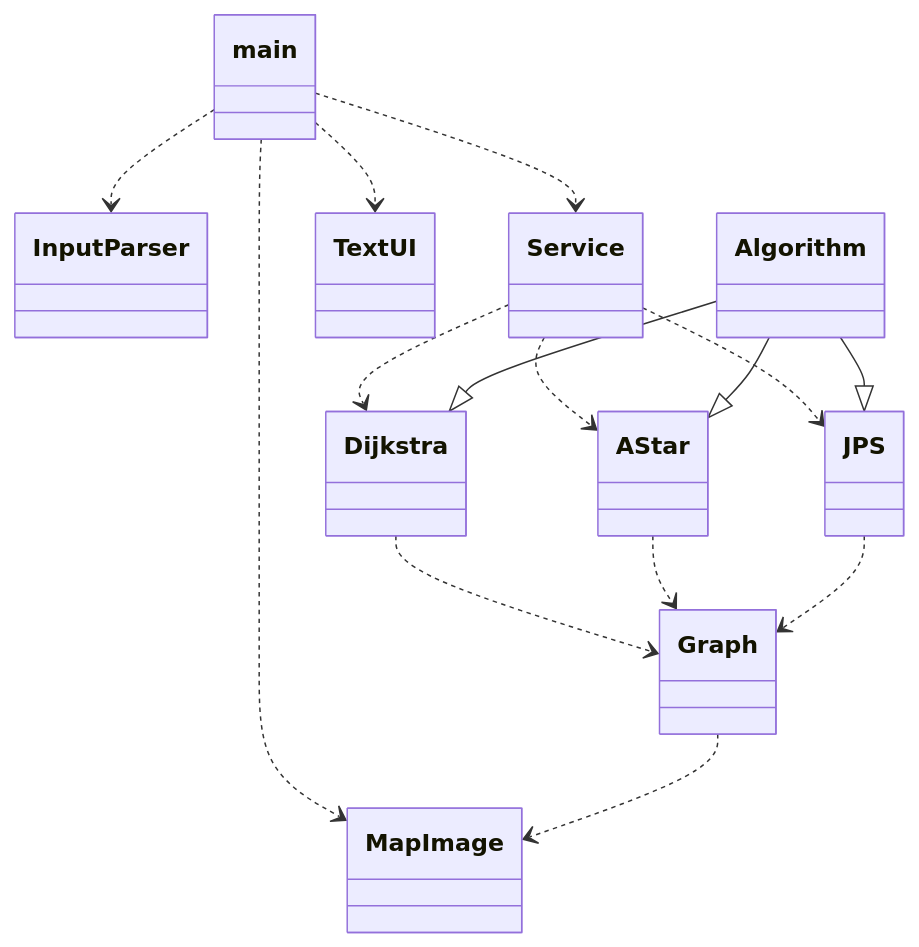
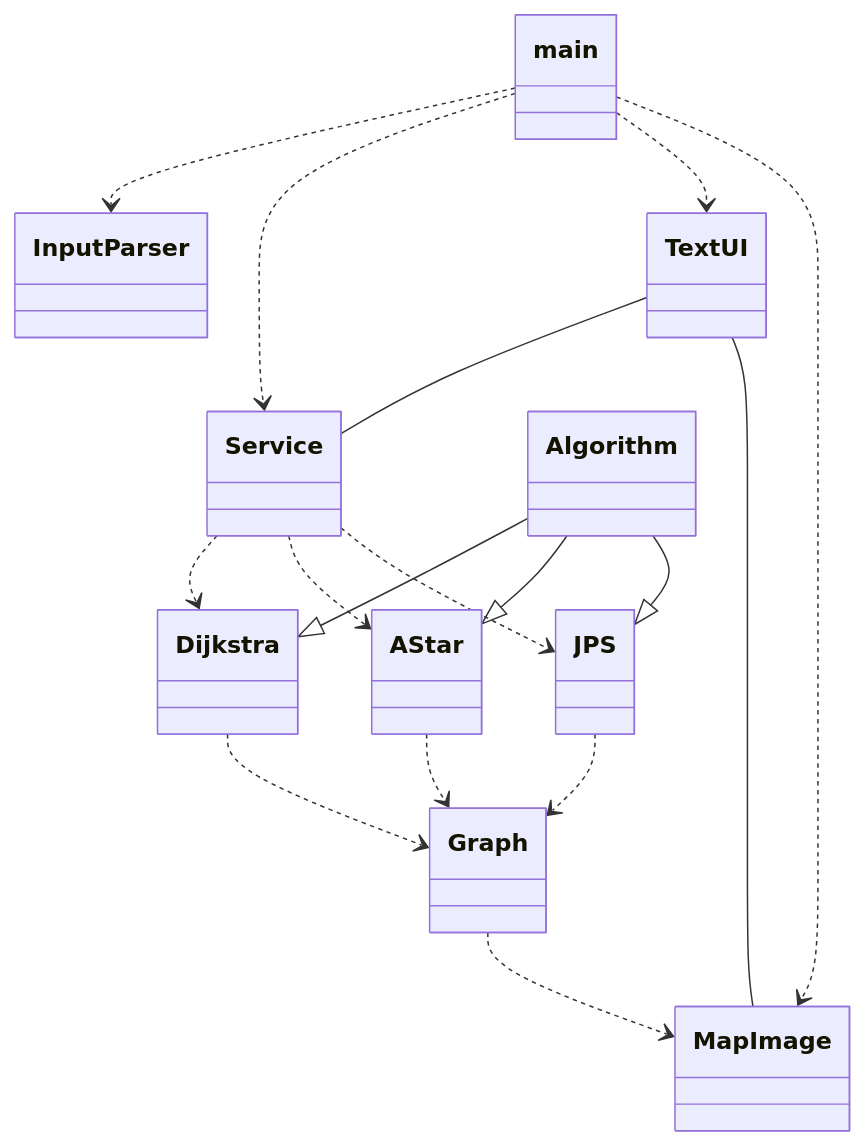
One commit to antonlep/shortest-path changed the diagram in documentation/implementation.md. Above: the diagram before and after it, drawn with Mermaid.

````diff
--- a/documentation/implementation.md
+++ b/documentation/implementation.md
@@ -3,33 +3,35 @@
 ```mermaid
  classDiagram
       main ..> InputParser
       main ..> Service
       main ..> TextUI
       main ..> MapImage
+      TextUI -- Service
+      TextUI -- MapImage
       Service ..> Dijkstra
       Service ..> AStar
       Service ..> JPS
       Dijkstra ..> Graph
       AStar ..> Graph
       JPS ..> Graph
       Graph ..> MapImage
       Algorithm --|> Dijkstra
       Algorithm --|> AStar
       Algorithm --|> JPS
       class main{
       }
       class InputParser{
       }
       class Algorithm{
       }
       class MapImage{
       }
       class Graph{
       }
       class Dijkstra{
       }
       class AStar{
       }
       class JPS{
       }
 ```
````
